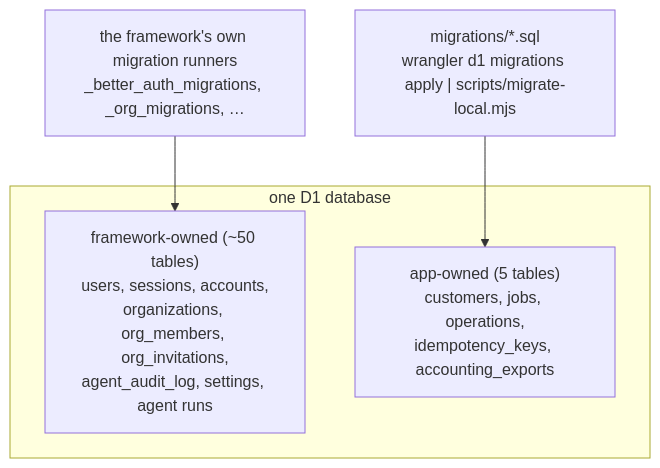
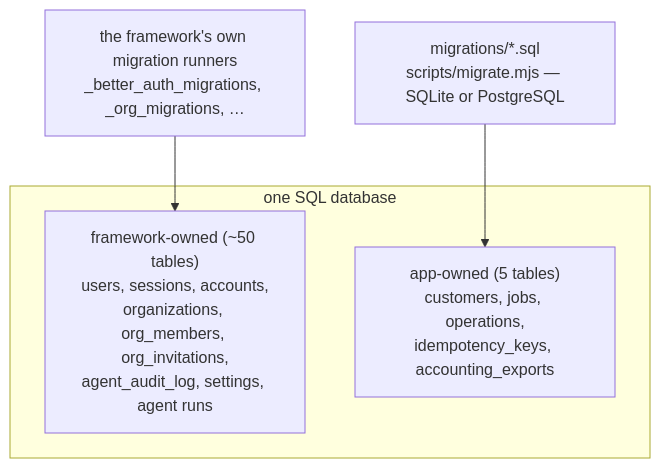
Before and after one commit to anbergem/agent-native-clever-cloud-starter: diagram 11 of 14 in ARCHITECTURE.md, drawn with Mermaid. The commit also changed other lines of this file and 15 other files, not shown here.

````diff
--- a/ARCHITECTURE.md
+++ b/ARCHITECTURE.md
@@ -454,9 +455,9 @@
 ```mermaid
 flowchart TB
-  subgraph DB["one D1 database"]
+  subgraph DB["one SQL database"]
     FW["framework-owned (~50 tables)<br/>users, sessions, accounts,<br/>organizations, org_members, org_invitations,<br/>agent_audit_log, settings, agent runs"]
     APP["app-owned (5 tables)<br/>customers, jobs, operations,<br/>idempotency_keys, accounting_exports"]
   end
   R1["the framework's own migration runners<br/>_better_auth_migrations, _org_migrations, …"] --> FW
-  R2["migrations/*.sql<br/>wrangler d1 migrations apply | scripts/migrate-local.mjs"] --> APP
+  R2["migrations/*.sql<br/>scripts/migrate.mjs — SQLite or PostgreSQL"] --> APP
 ```
````
